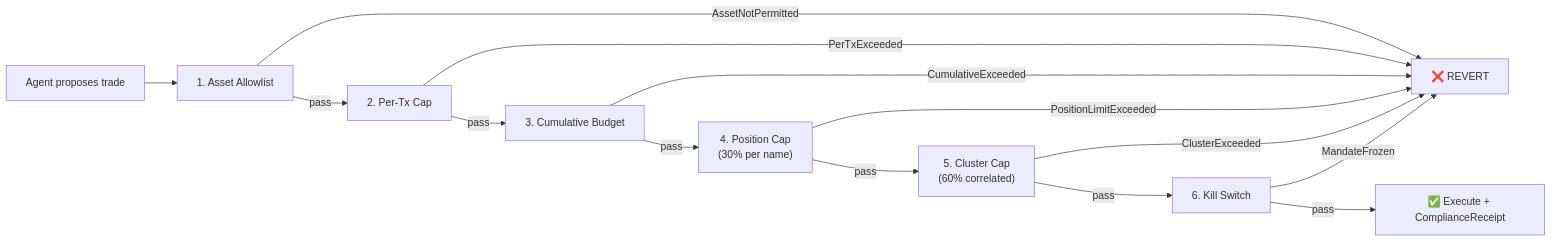
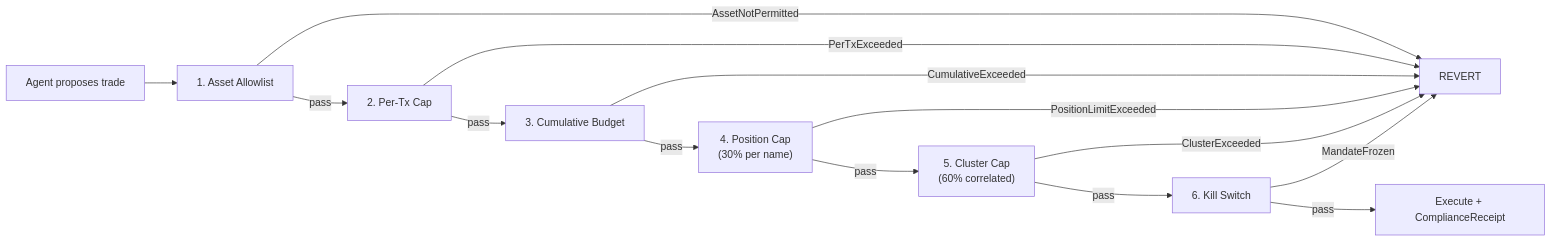
One commit to Nidhicodes/Mandate-Sui changed the second of 3 diagrams in README.md. Above: the diagram before and after it, drawn with Mermaid. The commit also changed other lines of this file, not shown here.

````diff
--- a/README.md
+++ b/README.md
@@ -79,16 +112,16 @@
 ```mermaid
 flowchart LR
     T["Agent proposes trade"] --> L1["1. Asset Allowlist"]
-    L1 -->|"AssetNotPermitted"| REVERT["❌ REVERT"]
+    L1 -->|"AssetNotPermitted"| REVERT["REVERT"]
     L1 -->|pass| L2["2. Per-Tx Cap"]
     L2 -->|"PerTxExceeded"| REVERT
     L2 -->|pass| L3["3. Cumulative Budget"]
     L3 -->|"CumulativeExceeded"| REVERT
     L3 -->|pass| L4["4. Position Cap\n(30% per name)"]
     L4 -->|"PositionLimitExceeded"| REVERT
     L4 -->|pass| L5["5. Cluster Cap\n(60% correlated)"]
     L5 -->|"ClusterExceeded"| REVERT
     L5 -->|pass| L6["6. Kill Switch"]
     L6 -->|"MandateFrozen"| REVERT
-    L6 -->|pass| EXEC["✅ Execute + ComplianceReceipt"]
+    L6 -->|pass| EXEC["Execute + ComplianceReceipt"]
 ```
````
